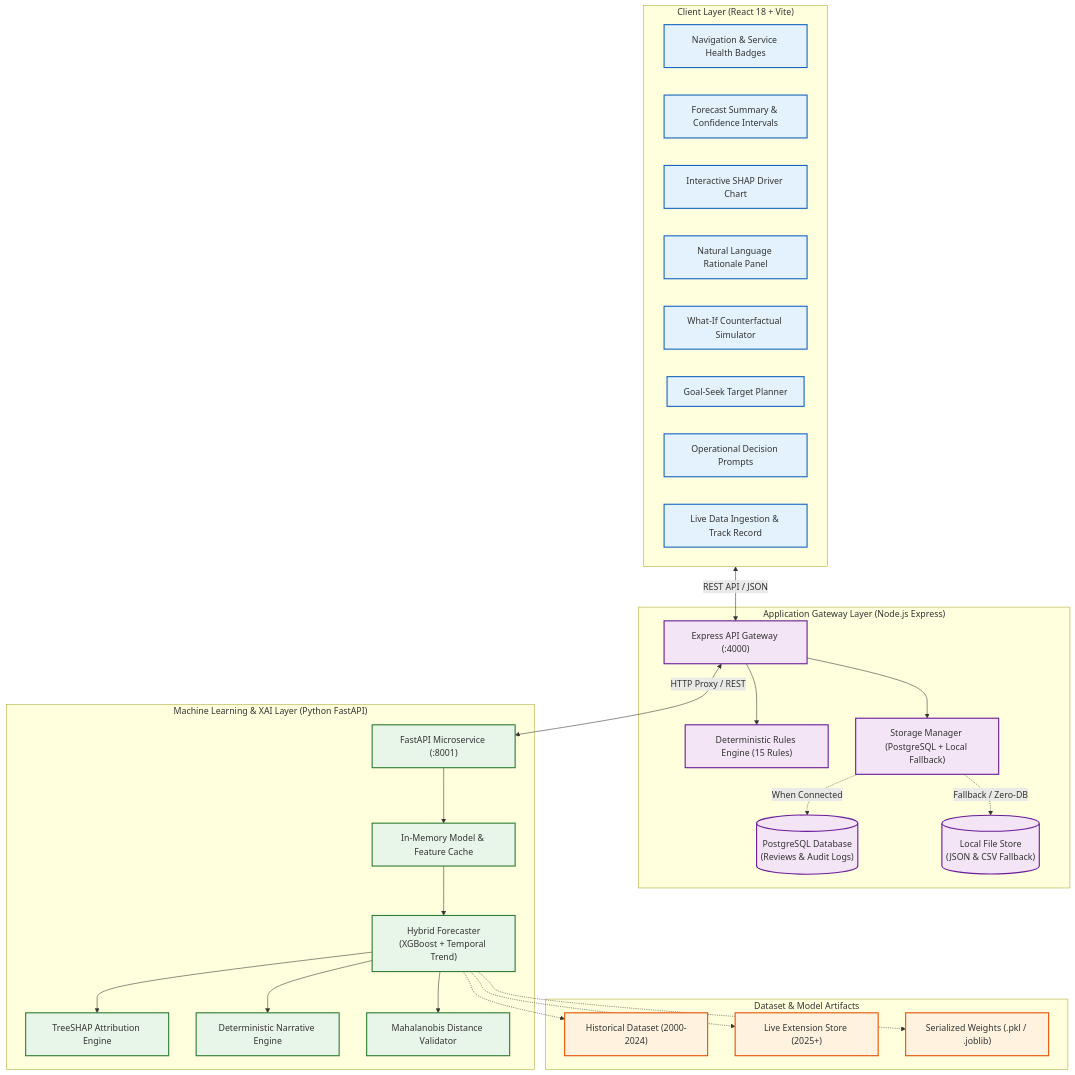
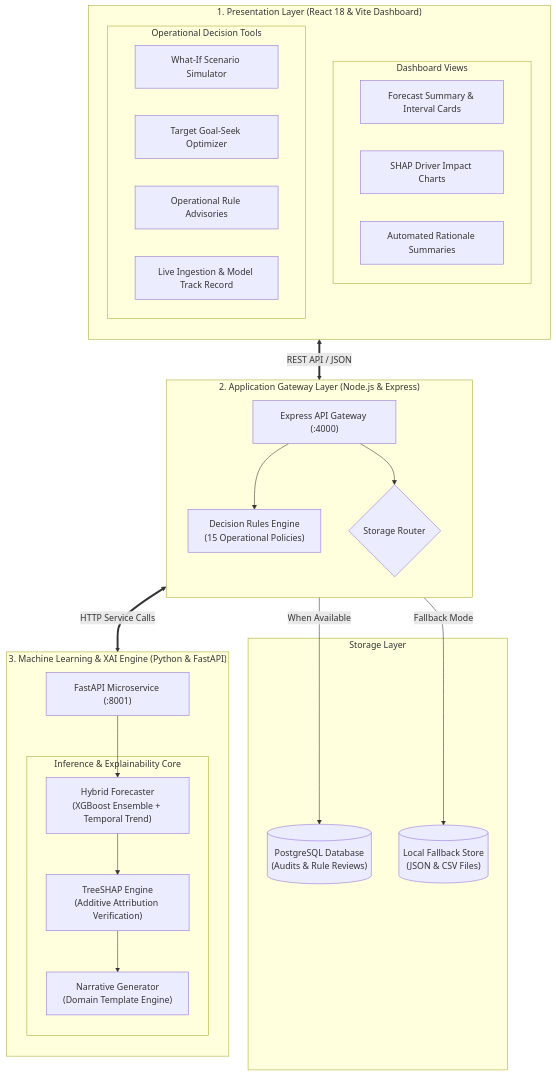
The first of 4 diagrams in README.md (YasasLakmina/backdate-commit-test), drawn with Mermaid before and after one commit. The commit also changed other lines of this file, not shown here.

First line of the commit message:
Streamline architecture diagrams and remove promotional badges

````diff
--- a/README.md
+++ b/README.md
@@ -122,65 +91,53 @@
 ```mermaid
-graph TB
-    subgraph Client ["Client Layer (React 18 + Vite)"]
-        UI_Nav["Navigation & Service Health Badges"]
-        UI_Forecast["Forecast Summary & Confidence Intervals"]
-        UI_Chart["Interactive SHAP Driver Chart"]
-        UI_Narrative["Natural Language Rationale Panel"]
-        UI_Simulator["What-If Counterfactual Simulator"]
-        UI_GoalSeek["Goal-Seek Target Planner"]
-        UI_Rules["Operational Decision Prompts"]
-        UI_Live["Live Data Ingestion & Track Record"]
+flowchart TD
+    subgraph UI ["1. Presentation Layer (React 18 & Vite Dashboard)"]
+        direction TB
+        subgraph Views ["Dashboard Views"]
+            V1["Forecast Summary & Interval Cards"]
+            V2["SHAP Driver Impact Charts"]
+            V3["Automated Rationale Summaries"]
+        end
+        subgraph Tools ["Operational Decision Tools"]
+            T1["What-If Scenario Simulator"]
+            T2["Target Goal-Seek Optimizer"]
+            T3["Operational Rule Advisories"]
+            T4["Live Ingestion & Model Track Record"]
+        end
     end
 
-    subgraph Backend ["Application Gateway Layer (Node.js Express)"]
+    subgraph API ["2. Application Gateway Layer (Node.js & Express)"]
+        direction TB
         Gateway["Express API Gateway (:4000)"]
-        Rules["Deterministic Rules Engine (15 Rules)"]
-        Storage_Mgr["Storage Manager (PostgreSQL + Local Fallback)"]
-        Postgres[("PostgreSQL Database\n(Reviews & Audit Logs)")]
-        LocalStore[("Local File Store\n(JSON & CSV Fallback)")]
+        RulesEngine["Decision Rules Engine\n(15 Operational Policies)"]
+        DataRouter{"Storage Router"}
+        
+        Gateway --> RulesEngine
+        Gateway --> DataRouter
     end
 
-    subgraph ML ["Machine Learning & XAI Layer (Python FastAPI)"]
-        ML_API["FastAPI Microservice (:8001)"]
-        Cache["In-Memory Model & Feature Cache"]
-        Model["Hybrid Forecaster\n(XGBoost + Temporal Trend)"]
-        SHAP["TreeSHAP Attribution Engine"]
-        Jinja["Deterministic Narrative Engine"]
-        Outlier["Mahalanobis Distance Validator"]
+    subgraph Storage ["Storage Layer"]
+        DB[("PostgreSQL Database\n(Audits & Rule Reviews)")]
+        FileStore[("Local Fallback Store\n(JSON & CSV Files)")]
+        DataRouter -->|When Available| DB
+        DataRouter -->|Fallback Mode| FileStore
     end
 
-    subgraph Storage ["Dataset & Model Artifacts"]
-        Data_Raw["Historical Dataset (2000-2024)"]
-        Data_Live["Live Extension Store (2025+)"]
-        Model_Weights["Serialized Weights (.pkl / .joblib)"]
+    subgraph ML ["3. Machine Learning & XAI Engine (Python & FastAPI)"]
+        direction TB
+        MLService["FastAPI Microservice (:8001)"]
+        
+        subgraph Pipeline ["Inference & Explainability Core"]
+            Forecaster["Hybrid Forecaster\n(XGBoost Ensemble + Temporal Trend)"]
+            TreeSHAP["TreeSHAP Engine\n(Additive Attribution Verification)"]
+            Narrative["Narrative Generator\n(Domain Template Engine)"]
+        end
+
+        MLService --> Forecaster
+        Forecaster --> TreeSHAP
+        TreeSHAP --> Narrative
     end
 
-    %% Interactions
-    Client <-->|REST API / JSON| Gateway
-    Gateway <-->|HTTP Proxy / REST| ML_API
-    Gateway --> Rules
-    Gateway --> Storage_Mgr
-
-    Storage_Mgr -.->|When Connected| Postgres
-    Storage_Mgr -.->|Fallback / Zero-DB| LocalStore
-
-    ML_API --> Cache
-    Cache --> Model
-    Model --> SHAP
-    Model --> Jinja
-    Model --> Outlier
-
-    Model -.-> Model_Weights
-    Model -.-> Data_Raw
-    Model -.-> Data_Live
-
-    classDef cLayer fill:#e3f2fd,stroke:#1565c0,stroke-width:2px;
-    classDef bLayer fill:#f3e5f5,stroke:#6a1b9a,stroke-width:2px;
-    classDef mLayer fill:#e8f5e9,stroke:#2e7d32,stroke-width:2px;
-    classDef sLayer fill:#fff3e0,stroke:#e65100,stroke-width:2px;
-
-    class UI_Nav,UI_Forecast,UI_Chart,UI_Narrative,UI_Simulator,UI_GoalSeek,UI_Rules,UI_Live cLayer;
-    class Gateway,Rules,Storage_Mgr,Postgres,LocalStore bLayer;
-    class ML_API,Cache,Model,SHAP,Jinja,Outlier mLayer;
-    class Data_Raw,Data_Live,Model_Weights sLayer;
+    %% Cross-layer communication
+    UI <==>|REST API / JSON| Gateway
+    Gateway <==>|HTTP Service Calls| MLService
 ```
````
